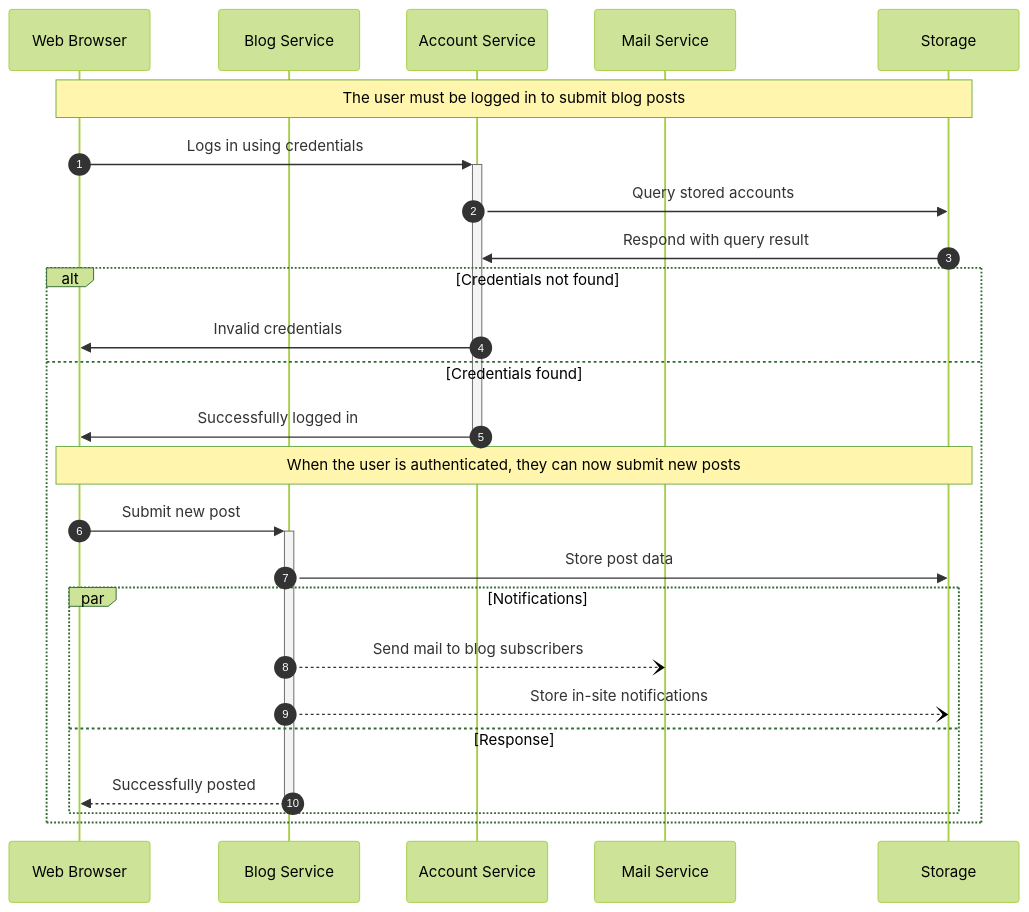
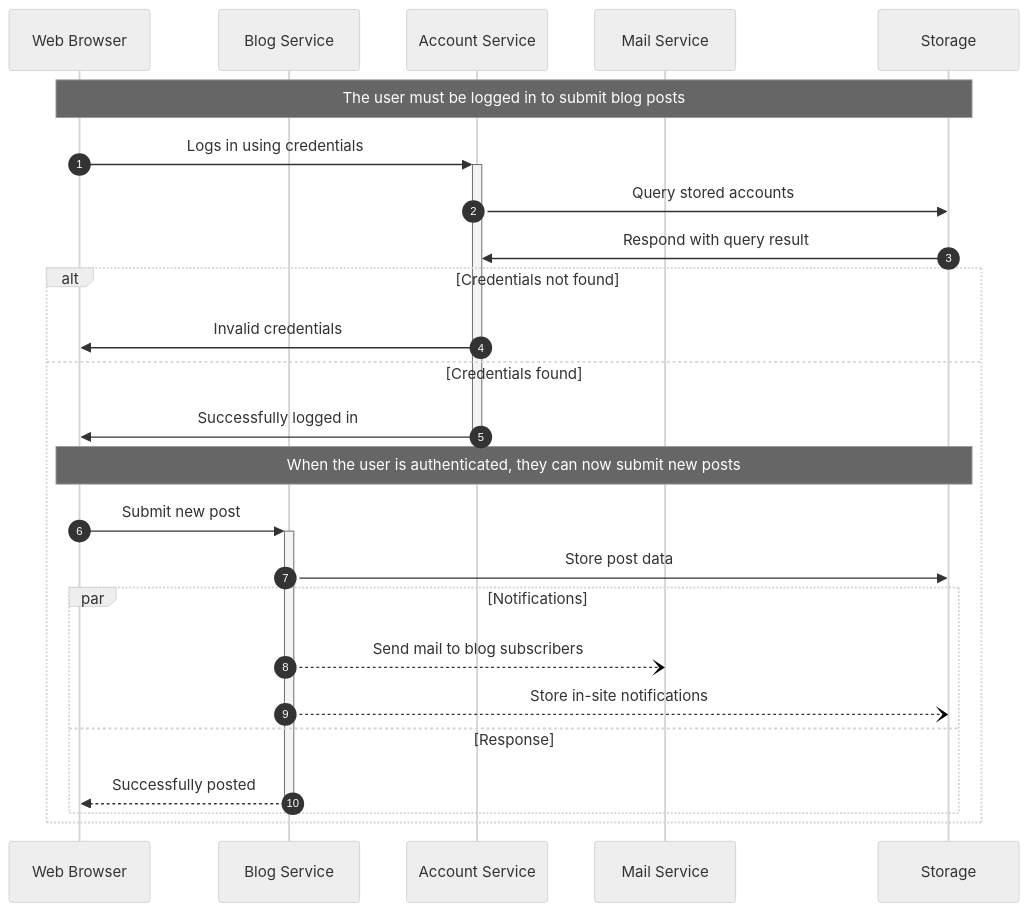
One commit to Kuziomkin/diagrams changed the fifth of 6 diagrams in erd_example.md. Above: the diagram before and after it, drawn with Mermaid. The commit also changed other lines of this file, not shown here.

````diff
--- a/erd_example.md
+++ b/erd_example.md
@@ -72,37 +72,37 @@
 ```mermaid
 ---
 config:
   layout: dagre
   look: classic
-  theme: forest
+  theme: neutral
 ---
     sequenceDiagram
         autonumber
         participant web as Web Browser
         participant blog as Blog Service
         participant account as Account Service
         participant mail as Mail Service
         participant db as Storage
     
         Note over web,db: The user must be logged in to submit blog posts
         web->>+account: Logs in using credentials
         account->>db: Query stored accounts
         db->>account: Respond with query result
     
         alt Credentials not found
             account->>web: Invalid credentials
         else Credentials found
             account->>-web: Successfully logged in
     
             Note over web,db: When the user is authenticated, they can now submit new posts
             web->>+blog: Submit new post
             blog->>db: Store post data
     
             par Notifications
                 blog--)mail: Send mail to blog subscribers
                 blog--)db: Store in-site notifications
             and Response
                 blog-->>-web: Successfully posted
             end
         end
 ```
````
